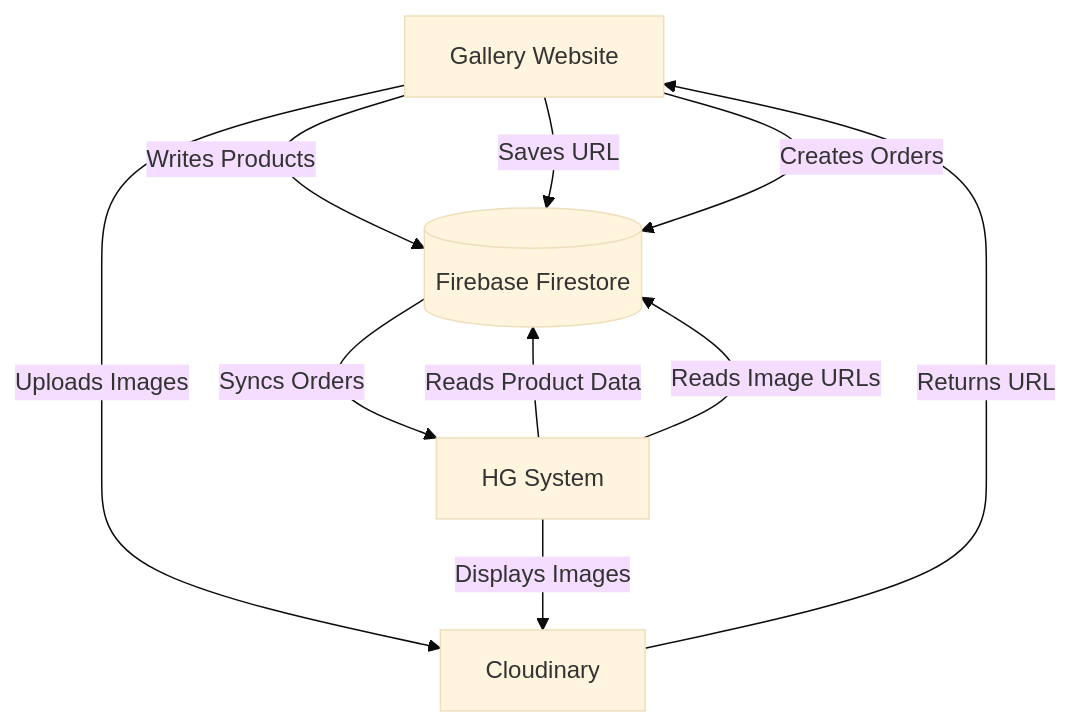
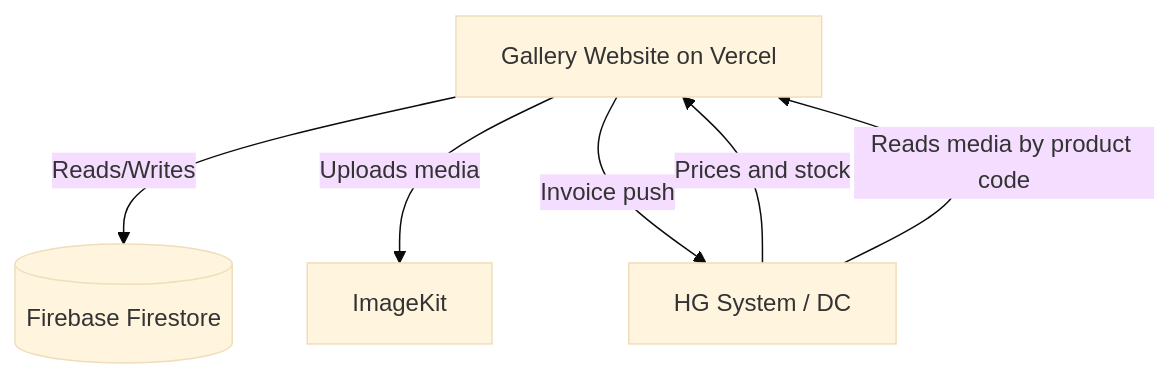
Before and after one commit to CLSC440/house-of-glass: the diagram in INTEGRATION_GUIDE.md, drawn with Mermaid (base theme). The commit also changed other lines of this file and 20 other files, not shown here.

````diff
--- a/INTEGRATION_GUIDE.md
+++ b/INTEGRATION_GUIDE.md
@@ -9,14 +7,8 @@
 ```mermaid
 graph TD
-    A[Gallery Website] -->|Writes Products| B[(Firebase Firestore)]
-    A -->|Uploads Images| C[Cloudinary]
-    C -->|Returns URL| A
-    A -->|Saves URL| B
-    
-    D[HG System] -->|Reads Product Data| B
-    D -->|Reads Image URLs| B
-    D -->|Displays Images| C
-    
-    A -->|Creates Orders| B
-    B -->|Syncs Orders| D
+    A[Gallery Website on Vercel] -->|Reads/Writes| B[(Firebase Firestore)]
+    A -->|Uploads media| C[ImageKit]
+    D[HG System / DC] -->|Prices and stock| A
+    A -->|Invoice push| D
+    D -->|Reads media by product code| A
 ```
````
